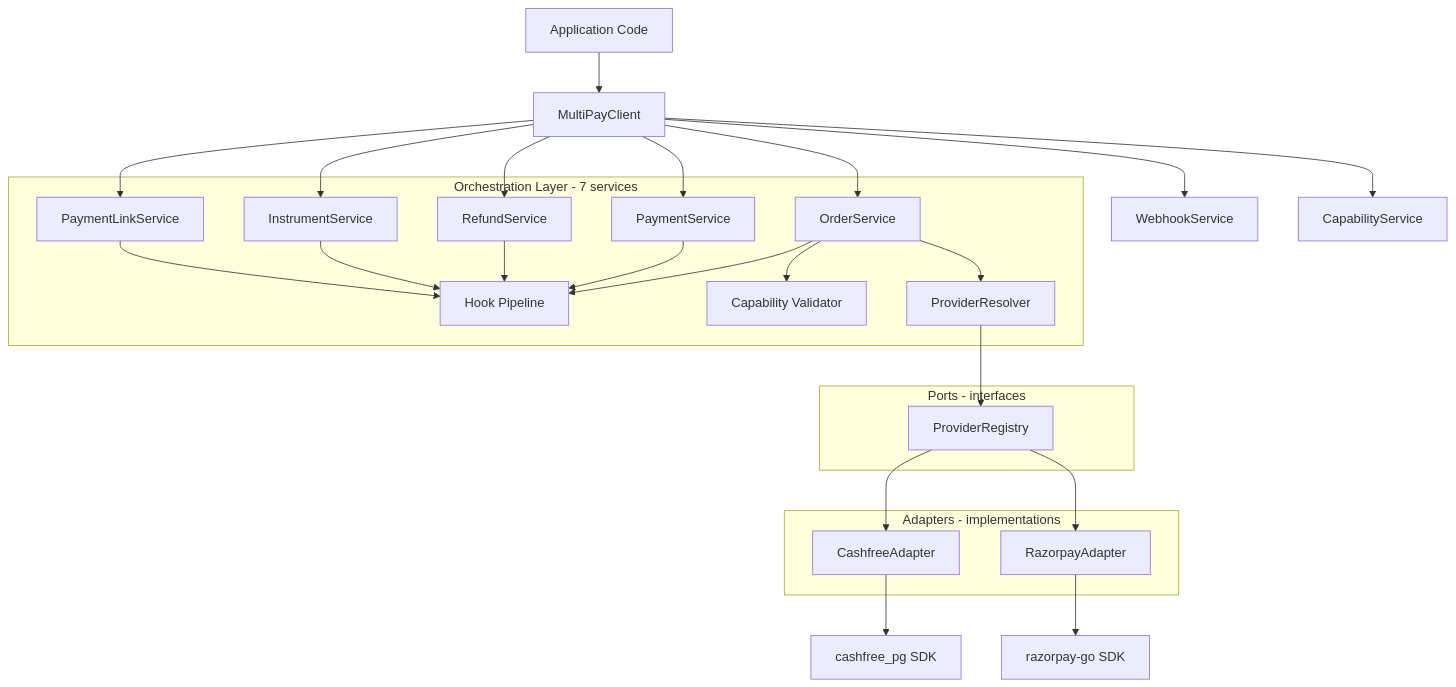
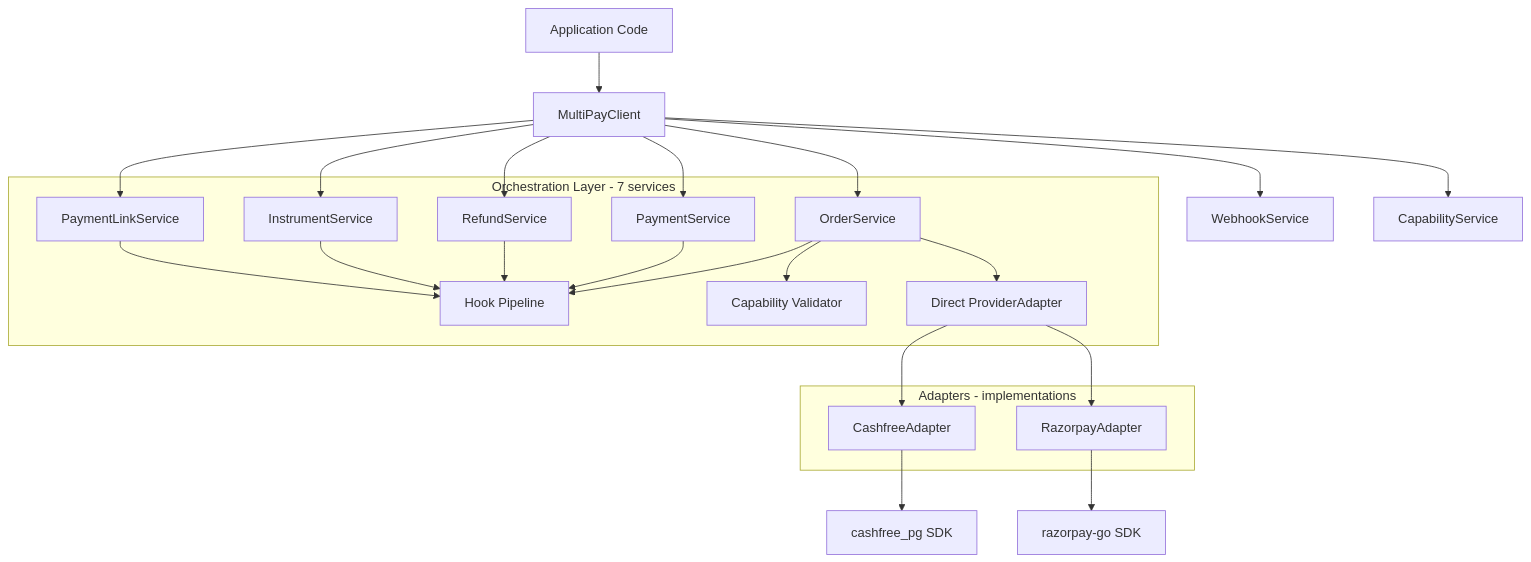
One commit to Bytonomics/multipay-india changed the first of 3 diagrams in CLAUDE.md. Above: the diagram before and after it, drawn with Mermaid. The commit also changed other lines of this file and 16 other files, not shown here.

First line of the commit message:
refactor!: replace provider registry with single-adapter binding

````diff
--- a/CLAUDE.md
+++ b/CLAUDE.md
@@ -45,33 +45,29 @@
 ```mermaid
 graph TD
     Caller[Application Code] --> MPC[MultiPayClient]
     MPC --> OS[OrderService]
     MPC --> PS[PaymentService]
     MPC --> RS[RefundService]
     MPC --> IS[InstrumentService]
     MPC --> PLS[PaymentLinkService]
     MPC --> WS[WebhookService]
     MPC --> CS[CapabilityService]
 
     subgraph "Orchestration Layer - 7 services"
         OS --> HP[Hook Pipeline]
         OS --> CV[Capability Validator]
-        OS --> PR[ProviderResolver]
+        OS --> PA[Direct ProviderAdapter]
         PS --> HP
         RS --> HP
         IS --> HP
         PLS --> HP
     end
 
-    subgraph "Ports - interfaces"
-        PR --> ProvReg[ProviderRegistry]
-    end
-
     subgraph "Adapters - implementations"
-        ProvReg --> CFA[CashfreeAdapter]
-        ProvReg --> RZA[RazorpayAdapter]
+        PA --> CFA[CashfreeAdapter]
+        PA --> RZA[RazorpayAdapter]
     end
 
     CFA --> CFSDK[cashfree_pg SDK]
     RZA --> RZSDK[razorpay-go SDK]
 ```
````
